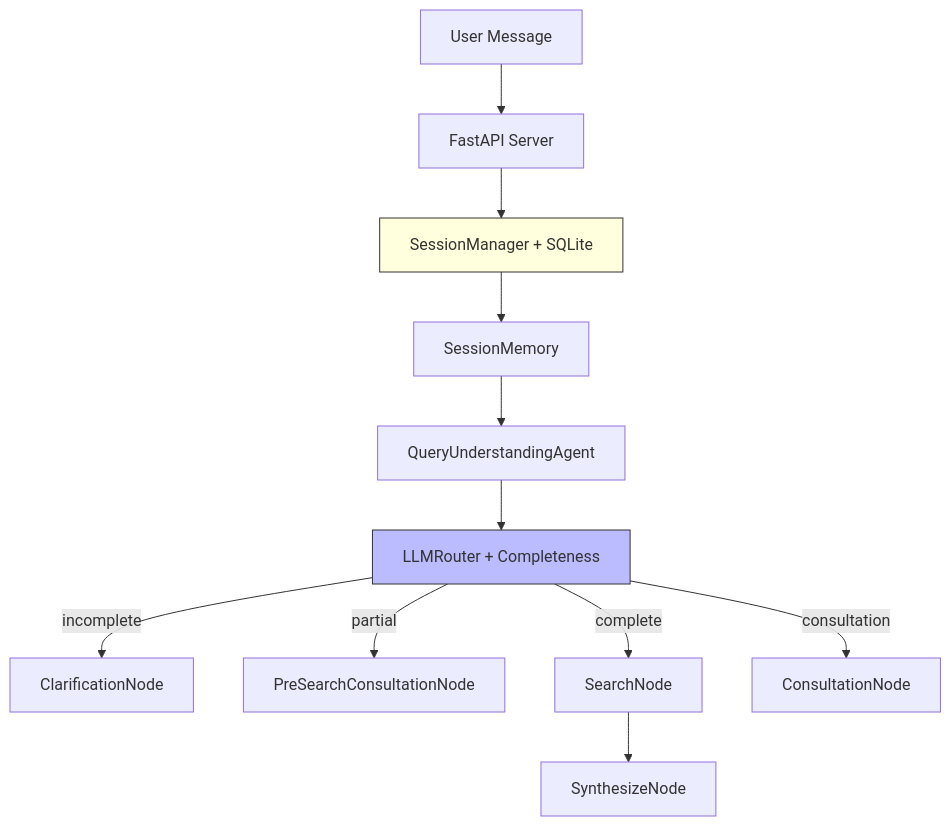
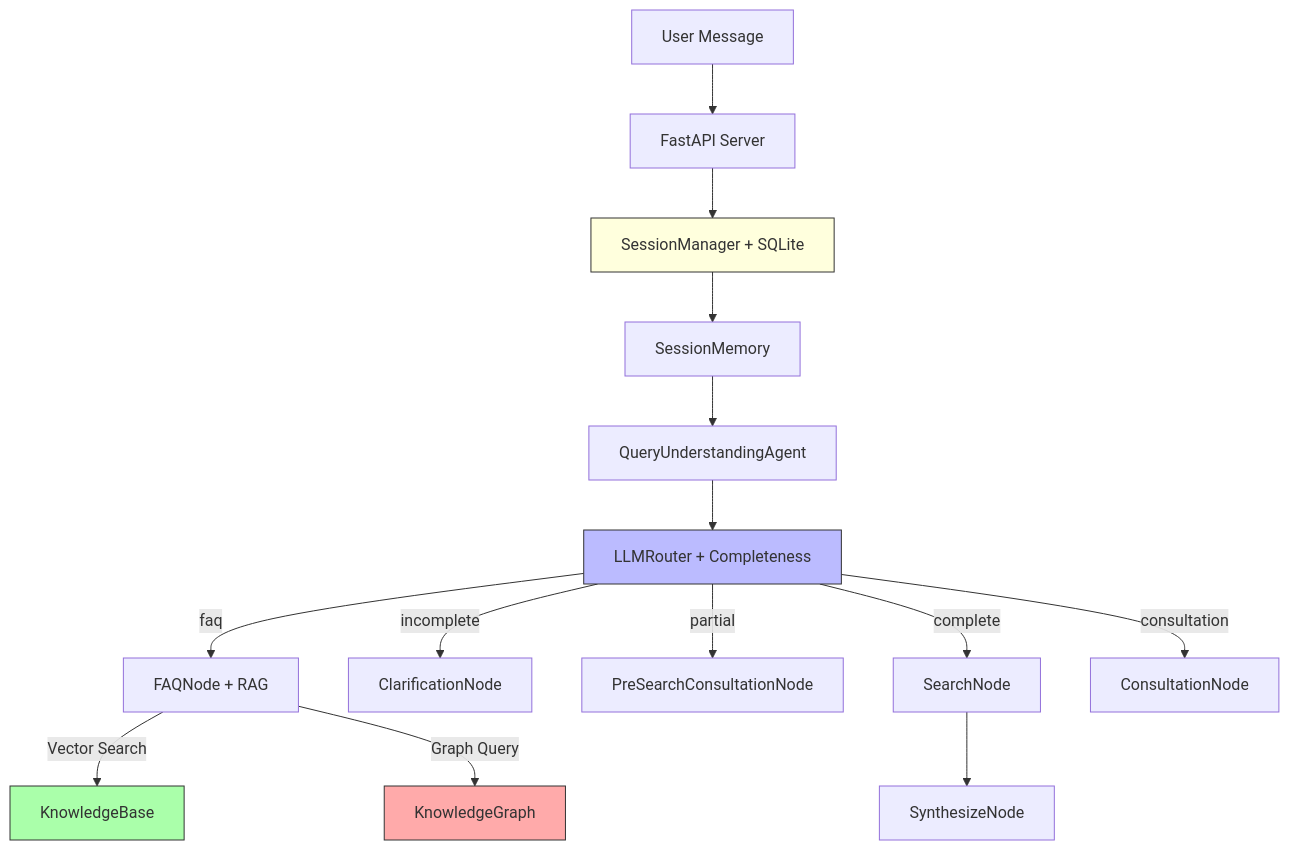
Before and after one commit to xt2201/Ecommerce-Insights-AI: the diagram in README.md, drawn with Mermaid. The commit also changed other lines of this file and 29 other files, not shown here.

````diff
--- a/README.md
+++ b/README.md
@@ -83,19 +110,25 @@
 ```mermaid
 graph TD
     User[User Message] --> API[FastAPI Server]
     API --> SM[SessionManager + SQLite]
     SM --> Memory[SessionMemory]
     Memory --> Understand[QueryUnderstandingAgent]
     
     Understand --> Router[LLMRouter + Completeness]
     
+    Router -->|faq| FAQ[FAQNode + RAG]
     Router -->|incomplete| Clarify[ClarificationNode]
     Router -->|partial| PreConsult[PreSearchConsultationNode]
     Router -->|complete| Search[SearchNode]
     Router -->|consultation| Consult[ConsultationNode]
     
+    FAQ -->|Vector Search| KB[KnowledgeBase]
+    FAQ -->|Graph Query| KG[KnowledgeGraph]
+    
     Search --> Synthesize[SynthesizeNode]
     
     style SM fill:#ffd,stroke:#333
     style Router fill:#bbf,stroke:#333
+    style KB fill:#afa,stroke:#333
+    style KG fill:#faa,stroke:#333
 ```
````
